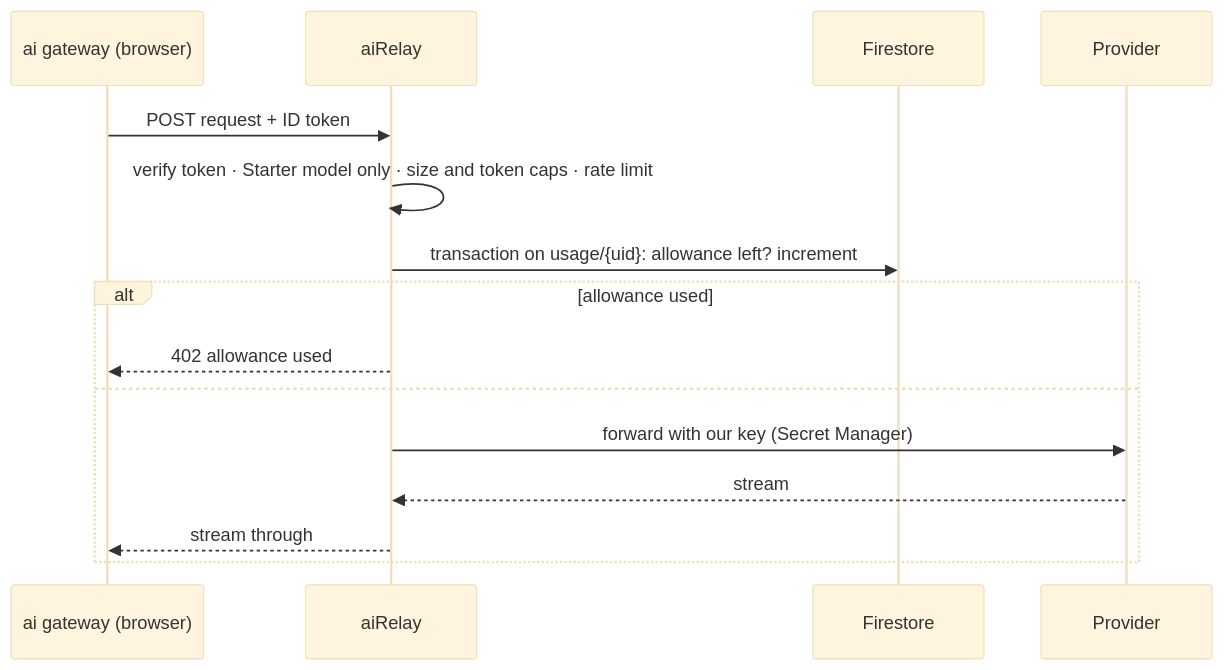
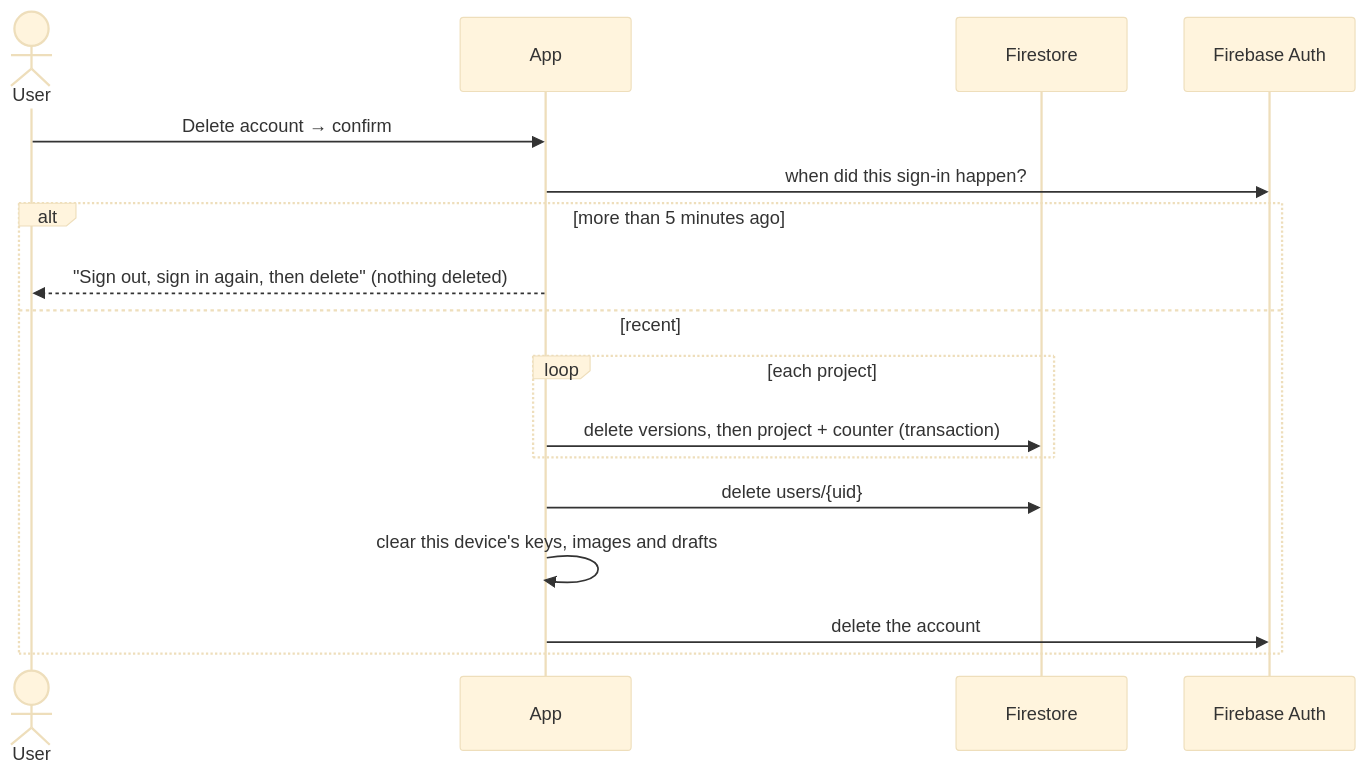
One commit to iamsanuponnulli-hue/PORTFOLIO-BUILDER changed diagram 16 of 17 in docs/ARCHITECTURE.md. Above: the diagram before and after it, drawn with Mermaid (base theme). The commit also changed other lines of this file and 38 other files, not shown here.

First line of the commit message:
Zero-cost setup: Firebase free Spark plan only, no server code

````diff
--- a/docs/ARCHITECTURE.md
+++ b/docs/ARCHITECTURE.md
@@ -558,17 +539,19 @@
 ```mermaid
 sequenceDiagram
-  participant GW as ai gateway (browser)
-  participant R as aiRelay
+  actor U as User
+  participant App
   participant FS as Firestore
-  participant P as Provider
-  GW->>R: POST request + ID token
-  R->>R: verify token · Starter model only · size and token caps · rate limit
-  R->>FS: transaction on usage/{uid}: allowance left? increment
-  alt allowance used
-    R-->>GW: 402 allowance used
-  else
-    R->>P: forward with our key (Secret Manager)
-    P-->>R: stream
-    R-->>GW: stream through
+  participant A as Firebase Auth
+  U->>App: Delete account → confirm
+  App->>A: when did this sign-in happen?
+  alt more than 5 minutes ago
+    App-->>U: "Sign out, sign in again, then delete" (nothing deleted)
+  else recent
+    loop each project
+      App->>FS: delete versions, then project + counter (transaction)
+    end
+    App->>FS: delete users/{uid}
+    App->>App: clear this device's keys, images and drafts
+    App->>A: delete the account
   end
 ```
````
